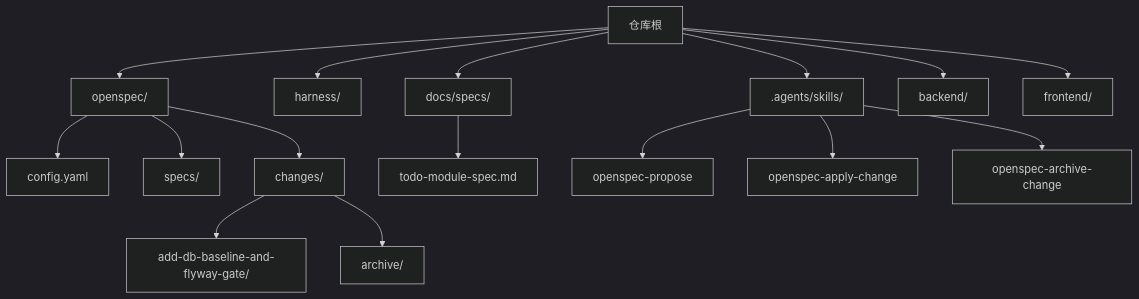
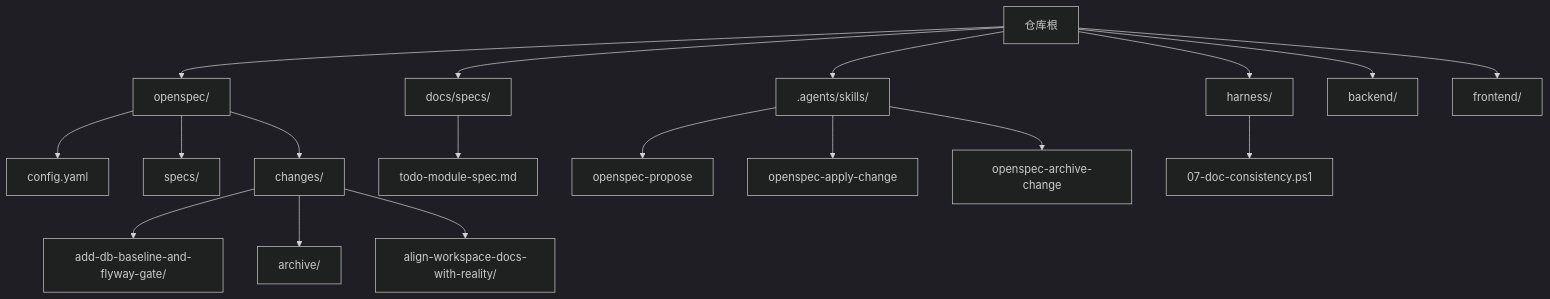
One commit to luyitiger6/my-first-project changed the first of 9 diagrams in .qoder/repowiki/zh/content/规格驱动开发/规格驱动开发.md. Above: the diagram before and after it, drawn with Mermaid (dark theme). The commit also changed other lines of this file and 35 other files, not shown here.

````diff
--- a/.qoder/repowiki/zh/content/规格驱动开发/规格驱动开发.md
+++ b/.qoder/repowiki/zh/content/规格驱动开发/规格驱动开发.md
@@ -58,18 +70,20 @@
 ```mermaid
 graph TB
 A["仓库根"] --> B["openspec/"]
 A --> C["harness/"]
 A --> D[".agents/skills/"]
 A --> E["docs/specs/"]
 A --> F["backend/"]
 A --> G["frontend/"]
 B --> B1["config.yaml"]
 B --> B2["specs/"]
 B --> B3["changes/"]
 B3 --> B3a["add-db-baseline-and-flyway-gate/"]
 B3 --> B3b["archive/"]
+B3 --> B3c["align-workspace-docs-with-reality/"]
 E --> E1["todo-module-spec.md"]
 D --> D1["openspec-propose"]
 D --> D2["openspec-apply-change"]
 D --> D3["openspec-archive-change"]
+C --> C1["07-doc-consistency.ps1"]
 ```
````
